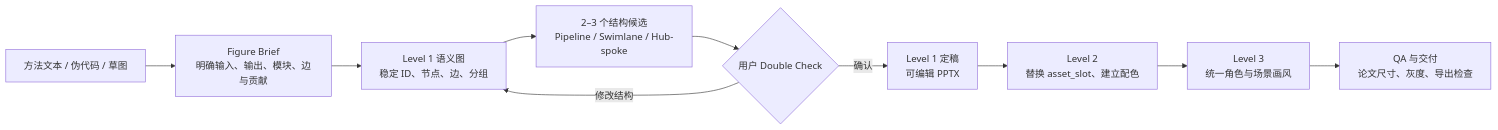
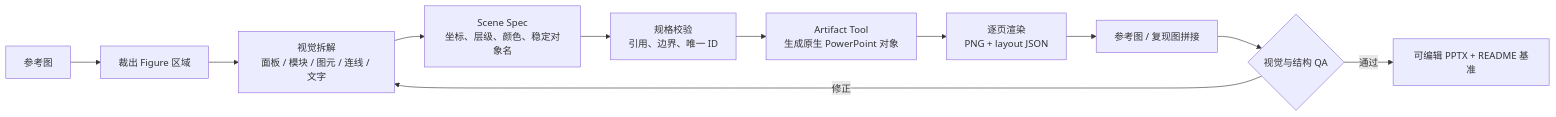
The diagram in README.md (goya4140/powerpoint-canvas-controller-macos), drawn with Mermaid before and after one commit. The commit also changed other lines of this file and 53 other files, not shown here.

````diff
--- a/README.md
+++ b/README.md
@@ -27,12 +21,13 @@
 ```mermaid
 flowchart LR
-    A["方法文本 / 伪代码 / 草图"] --> B["Figure Brief<br/>明确输入、输出、模块、边与贡献"]
-    B --> C["Level 1 语义图<br/>稳定 ID、节点、边、分组"]
-    C --> D["2–3 个结构候选<br/>Pipeline / Swimlane / Hub-spoke"]
-    D --> E{"用户 Double Check"}
-    E -->|修改结构| C
-    E -->|确认| F["Level 1 定稿<br/>可编辑 PPTX"]
-    F --> G["Level 2<br/>替换 asset_slot、建立配色"]
-    G --> H["Level 3<br/>统一角色与场景画风"]
-    H --> I["QA 与交付<br/>论文尺寸、灰度、导出检查"]
+    A["参考图"] --> B["裁出 Figure 区域"]
+    B --> C["视觉拆解<br/>面板 / 模块 / 图元 / 连线 / 文字"]
+    C --> D["Scene Spec<br/>坐标、层级、颜色、稳定对象名"]
+    D --> E["规格校验<br/>引用、边界、唯一 ID"]
+    E --> F["Artifact Tool<br/>生成原生 PowerPoint 对象"]
+    F --> G["逐页渲染<br/>PNG + layout JSON"]
+    G --> H["参考图 / 复现图拼接"]
+    H --> I{"视觉与结构 QA"}
+    I -->|修正| C
+    I -->|通过| J["可编辑 PPTX + README 基准"]
 ```
````
